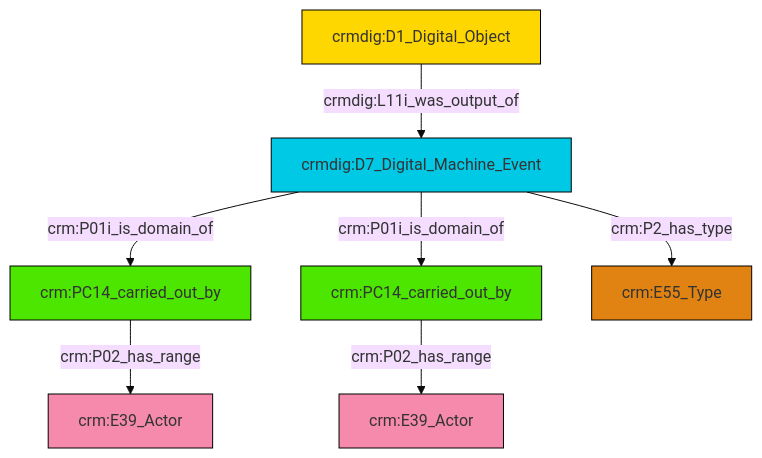
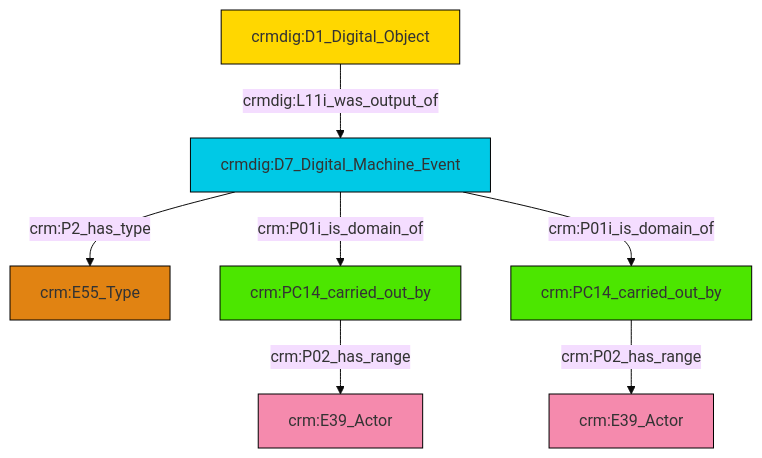
One commit to swiss-art-research-net/reference-data-models changed the diagram in et/doCSV/ttl/mmd/do_actor_relations.ttl.mmd. Above: the diagram before and after it, drawn with Mermaid (base theme). The commit also changed 130 other files, not shown here.

```diff
--- a/et/doCSV/ttl/mmd/do_actor_relations.ttl.mmd
+++ b/et/doCSV/ttl/mmd/do_actor_relations.ttl.mmd
@@ -1,21 +1,21 @@
 graph TD
 classDef Literal fill:#f2f2f2,stroke:#000000;
 classDef CRM_Entity fill:#FFFFFF,stroke:#000000;
 classDef Temporal_Entity fill:#00C9E6, stroke:#000000;
 classDef Type fill:#E18312, stroke:#000000;
 classDef Time-Span fill:#2C9C91, stroke:#000000;
 classDef Appellation fill:#FFEB7F, stroke:#000000;
 classDef Place fill:#008836, stroke:#000000;
 classDef Persistent_Item fill:#B266B2, stroke:#000000;
 classDef Conceptual_Object fill:#FFD700, stroke:#000000;
 classDef Physical_Thing fill:#D2B48C, stroke:#000000;
 classDef Actor fill:#f58aad, stroke:#000000;
 classDef PC_Classes fill:#4ce600, stroke:#000000;
 classDef Multi fill:#cccccc,stroke:#000000;
 
-2["crmdig:D1_Digital_Object"]:::Conceptual_Object -->|crmdig:L11i_was_output_of| 0["crmdig:D7_Digital_Machine_Event"]:::Temporal_Entity
-8["crm:PC14_carried_out_by"]:::PC_Classes -->|crm:P02_has_range| 4["crm:E39_Actor"]:::Actor
-0["crmdig:D7_Digital_Machine_Event"]:::Temporal_Entity -->|crm:P01i_is_domain_of| 6["crm:PC14_carried_out_by"]:::PC_Classes
-6["crm:PC14_carried_out_by"]:::PC_Classes -->|crm:P02_has_range| 11["crm:E39_Actor"]:::Actor
-0["crmdig:D7_Digital_Machine_Event"]:::Temporal_Entity -->|crm:P01i_is_domain_of| 8["crm:PC14_carried_out_by"]:::PC_Classes
-0["crmdig:D7_Digital_Machine_Event"]:::Temporal_Entity -->|crm:P2_has_type| 9["crm:E55_Type"]:::Type
+6["crmdig:D1_Digital_Object"]:::Conceptual_Object -->|crmdig:L11i_was_output_of| 7["crmdig:D7_Digital_Machine_Event"]:::Temporal_Entity
+9["crm:PC14_carried_out_by"]:::PC_Classes -->|crm:P02_has_range| 4["crm:E39_Actor"]:::Actor
+7["crmdig:D7_Digital_Machine_Event"]:::Temporal_Entity -->|crm:P2_has_type| 0["crm:E55_Type"]:::Type
+7["crmdig:D7_Digital_Machine_Event"]:::Temporal_Entity -->|crm:P01i_is_domain_of| 9["crm:PC14_carried_out_by"]:::PC_Classes
+7["crmdig:D7_Digital_Machine_Event"]:::Temporal_Entity -->|crm:P01i_is_domain_of| 10["crm:PC14_carried_out_by"]:::PC_Classes
+10["crm:PC14_carried_out_by"]:::PC_Classes -->|crm:P02_has_range| 2["crm:E39_Actor"]:::Actor
```
